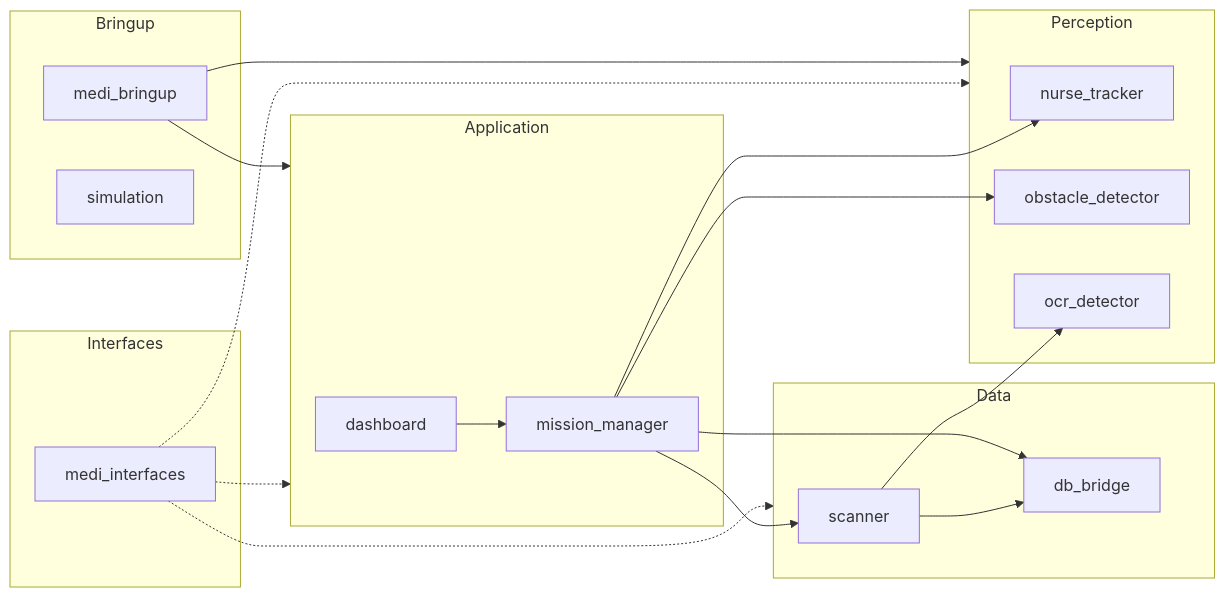
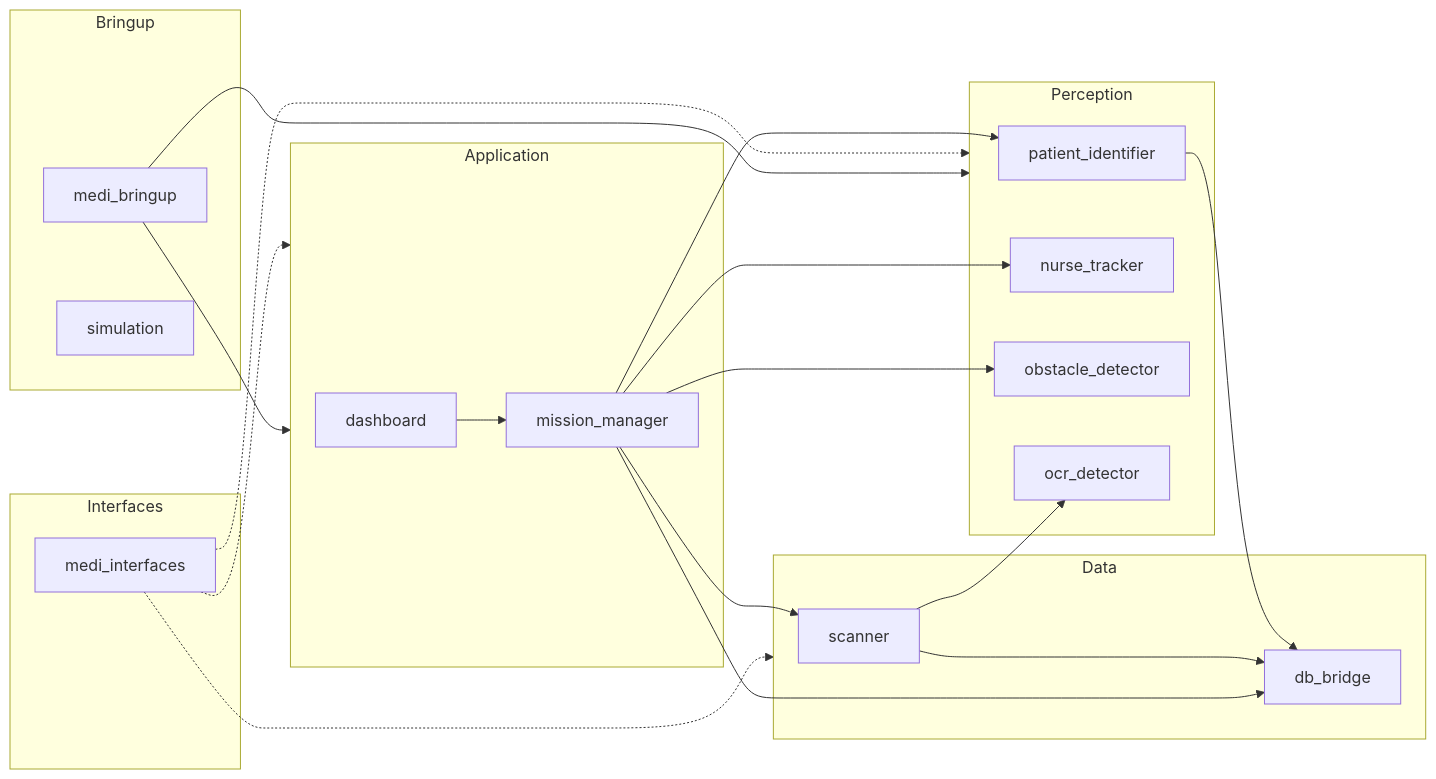
One commit to yevettee/MediCart changed the first of 4 diagrams in docs/architecture/02_ros2_packages.md. Above: the diagram before and after it, drawn with Mermaid. The commit also changed other lines of this file and 24 other files, not shown here.

First line of the commit message:
patient_identifier 패키지 추가 및 시나리오 A(순찰) 정합성 반영

````diff
--- a/docs/architecture/02_ros2_packages.md
+++ b/docs/architecture/02_ros2_packages.md
@@ -9,36 +9,39 @@
 ```mermaid
 flowchart LR
     subgraph apps [Application]
         dash[dashboard]
         mm[mission_manager]
     end
     subgraph perception [Perception]
+        pi[patient_identifier]
         nt[nurse_tracker]
         od[obstacle_detector]
         ocr[ocr_detector]
     end
     subgraph data [Data]
         sc[scanner]
         db[db_bridge]
     end
     subgraph ifaces [Interfaces]
         mi[medi_interfaces]
     end
     subgraph bringup [Bringup]
         mb[medi_bringup]
         sim[simulation]
     end
 
     dash --> mm
+    mm --> pi
     mm --> nt
     mm --> od
     mm --> sc
+    pi --> db
     sc --> ocr
     sc --> db
     mm --> db
     mi -.-> apps
     mi -.-> perception
     mi -.-> data
     mb --> apps
     mb --> perception
 ```
````
